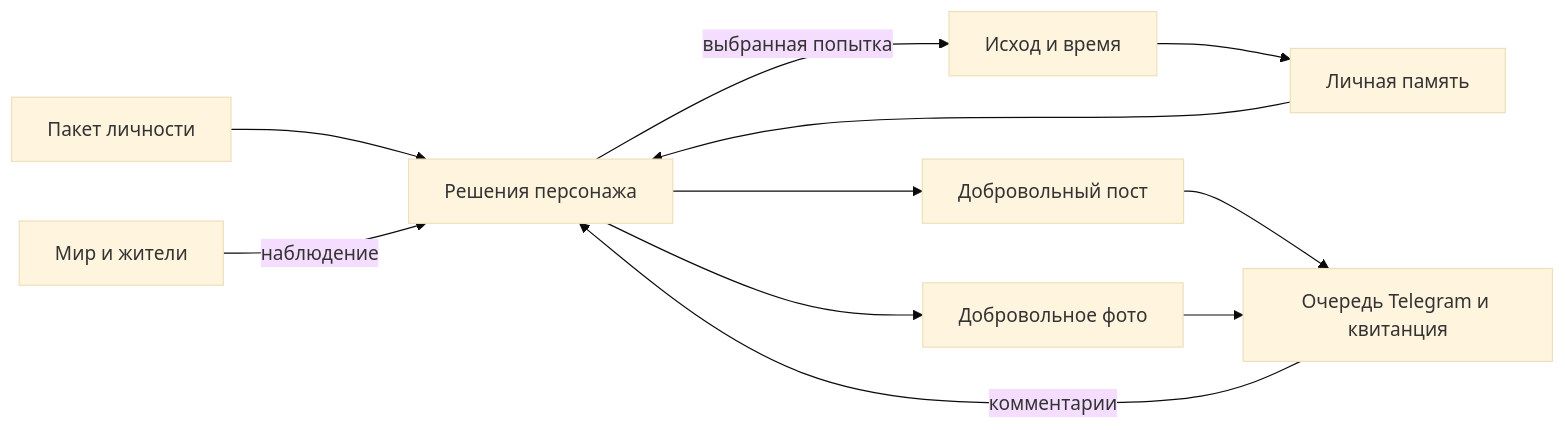
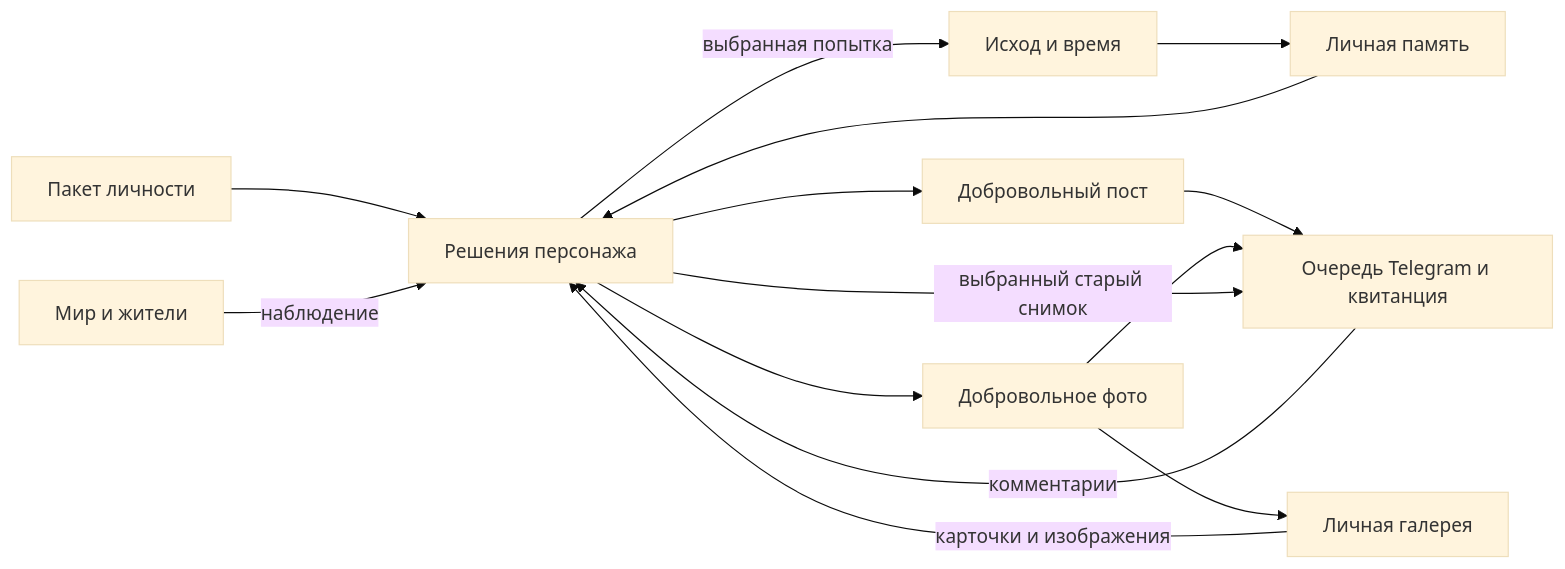
Before and after one commit to s1kiri/ai-persona: the diagram in docs/ARCHITECTURE.md, drawn with Mermaid (base theme). The commit also changed 16 other files, not shown here.

````diff
--- a/docs/ARCHITECTURE.md
+++ b/docs/ARCHITECTURE.md
@@ -14,13 +14,16 @@
 ```mermaid
 flowchart LR
     P[Пакет личности] --> A[Решения персонажа]
     W[Мир и жители] -->|наблюдение| A
     A -->|выбранная попытка| O[Исход и время]
     O --> M[Личная память]
     M --> A
     A --> C[Добровольный пост]
     C --> T[Очередь Telegram и квитанция]
     T -->|комментарии| A
     A --> I[Добровольное фото]
     I --> T
+    I --> G[Личная галерея]
+    G -->|карточки и изображения| A
+    A -->|выбранный старый снимок| T
 ```
````
